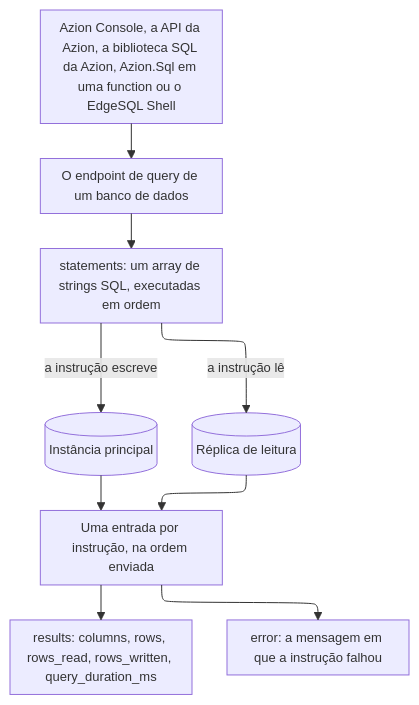
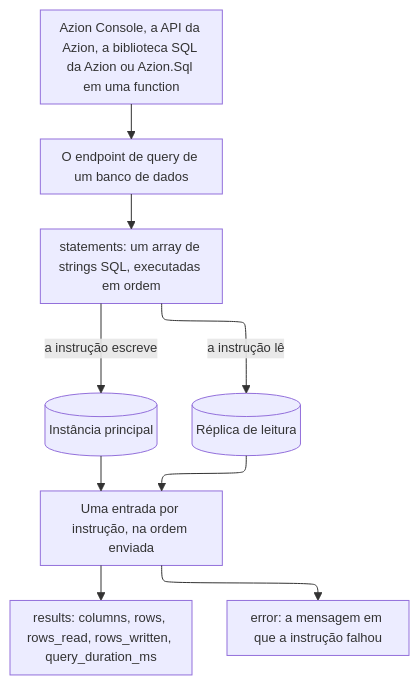
The diagram in apps/docs/src/content/docs/pt-br/pages/menu-principal/referencia/store/edge-sql/edge-sql.mdx (aziontech/docs), drawn with Mermaid before and after one commit. The commit also changed other lines of this file and 37 other files, not shown here.

Commit message:
docs(sql): retire the EdgeSQL Shell pages and every mention of the tool (#2671)

````diff
--- a/apps/docs/src/content/docs/pt-br/pages/menu-principal/referencia/store/edge-sql/edge-sql.mdx
+++ b/apps/docs/src/content/docs/pt-br/pages/menu-principal/referencia/store/edge-sql/edge-sql.mdx
@@ -71,12 +71,12 @@
 ```mermaid
 %%{init: {"layout": "elk", "themeVariables": {"fontSize": "13px"}, "flowchart": {"nodeSpacing": 24, "rankSpacing": 36, "padding": 8, "wrappingWidth": 150, "useMaxWidth": true}, "sequence": {"width": 120, "actorMargin": 30, "useMaxWidth": true}}}%%
 flowchart TD
-  Caller["Azion Console, a API da Azion, a biblioteca SQL da Azion, Azion.Sql em uma function ou o EdgeSQL Shell"] --> Endpoint["O endpoint de query de um banco de dados"]
+  Caller["Azion Console, a API da Azion, a biblioteca SQL da Azion ou Azion.Sql em uma function"] --> Endpoint["O endpoint de query de um banco de dados"]
   Endpoint --> Statements["statements: um array de strings SQL, executadas em ordem"]
   Statements -->|"a instrução escreve"| Main[("Instância principal")]
   Statements -->|"a instrução lê"| Replica[("Réplica de leitura")]
   Main --> Entry["Uma entrada por instrução, na ordem enviada"]
   Replica --> Entry
   Entry --> Results["results: columns, rows, rows_read, rows_written, query_duration_ms"]
   Entry --> Error["error: a mensagem em que a instrução falhou"]
 ```
````
